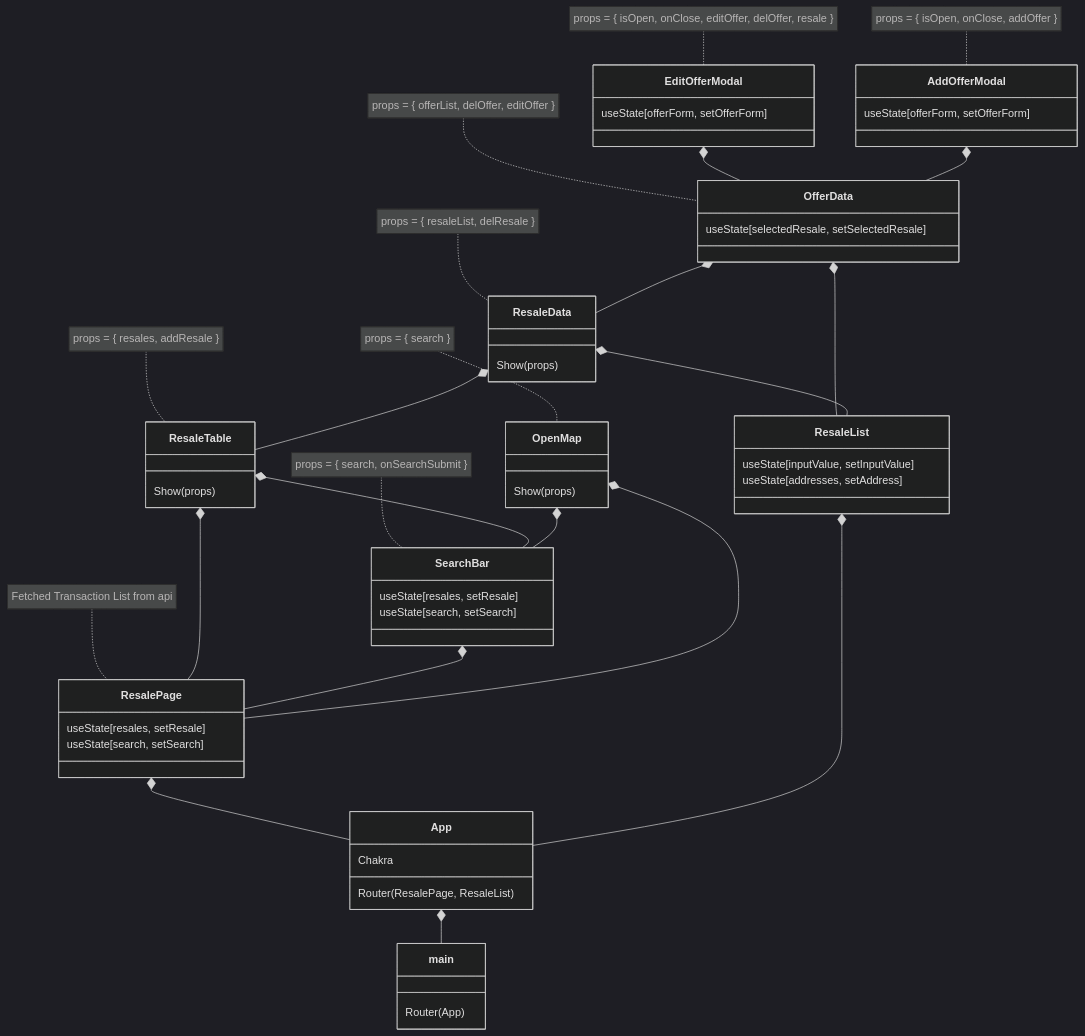
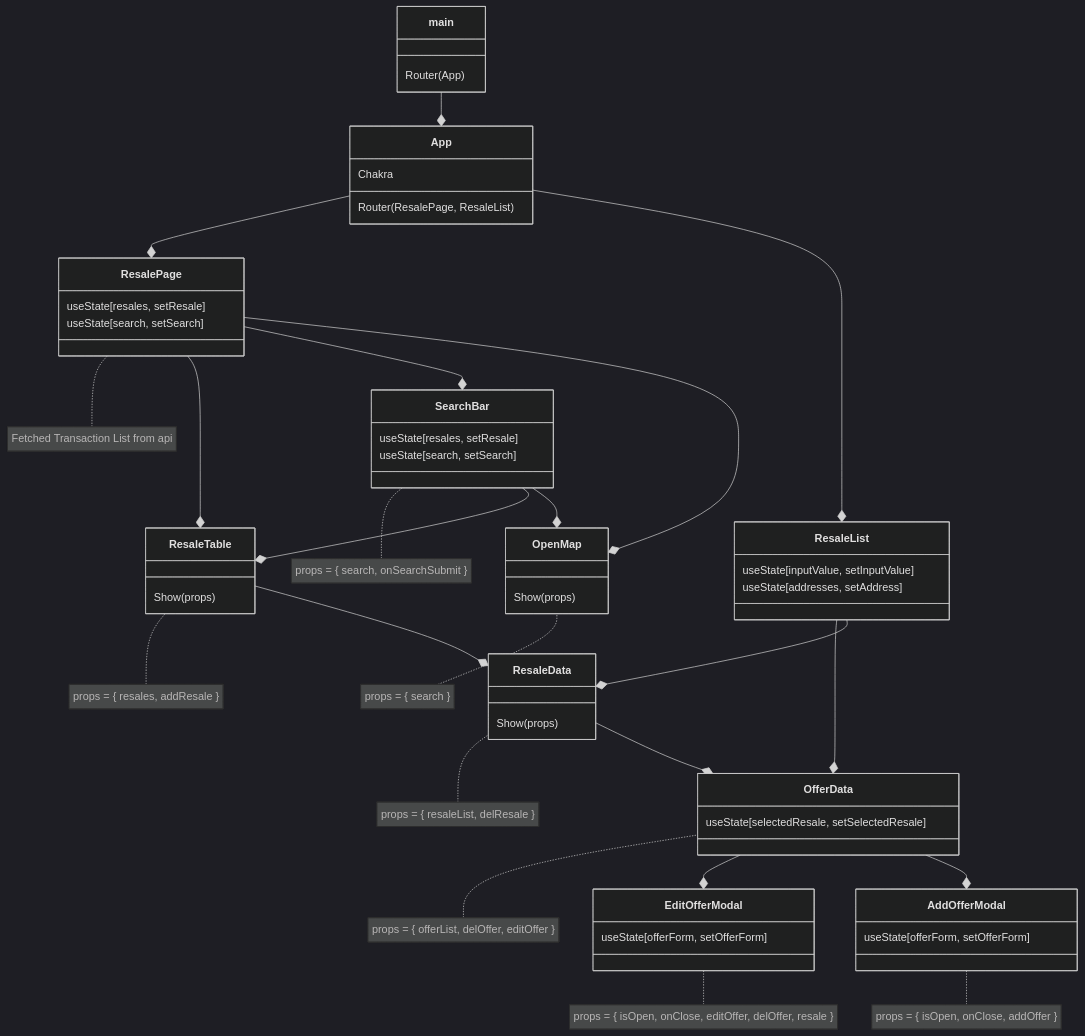
The diagram in README.md (bfcxfm/Housing-Resale-SG), drawn with Mermaid (dark theme) before and after one commit.

````diff
--- a/README.md
+++ b/README.md
@@ -5,6 +5,6 @@
 ```mermaid
 classDiagram
-  direction TP
+  direction BT
   class App {
     Chakra
     Router(ResalePage, ResaleList)
````
